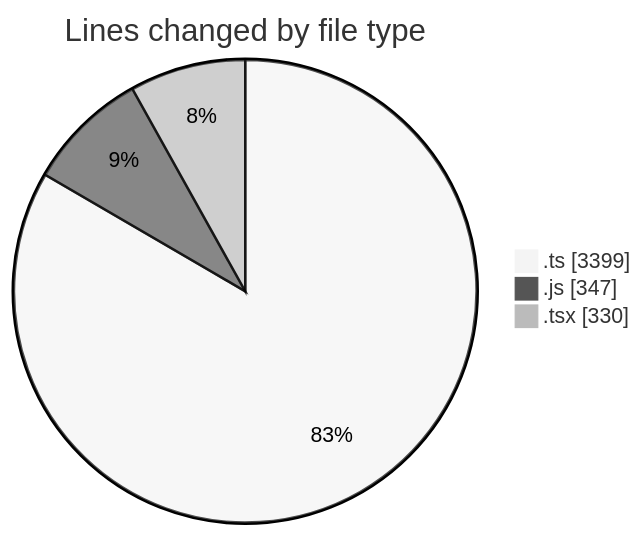
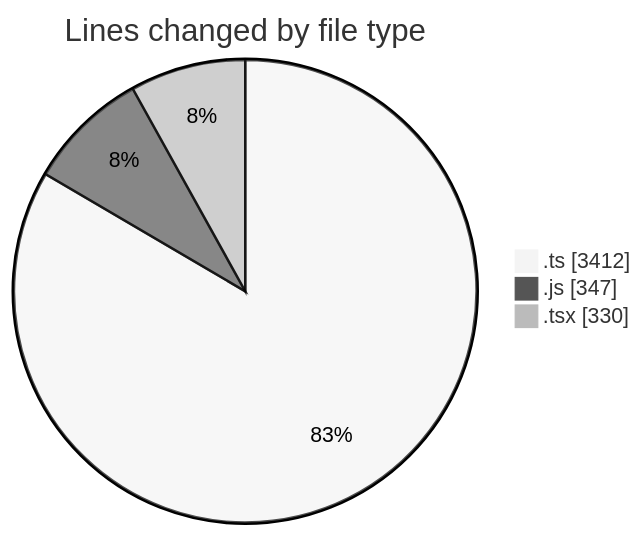
One commit to momahboobian/code-tracking changed the first of 2 diagrams in 2025-12-16/cda/README.md. Above: the diagram before and after it, drawn with Mermaid (neutral theme). The commit also changed other lines of this file and 1 other file, not shown here.

````diff
--- a/2025-12-16/cda/README.md
+++ b/2025-12-16/cda/README.md
@@ -25,7 +25,7 @@
 ```mermaid
 pie showData
 title Lines changed by file type
-".ts" : 3399
+".ts" : 3412
 ".js" : 347
 ".tsx" : 330
 ```
````
